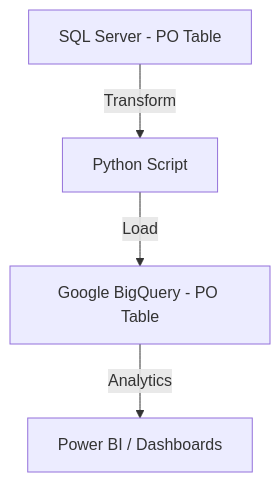
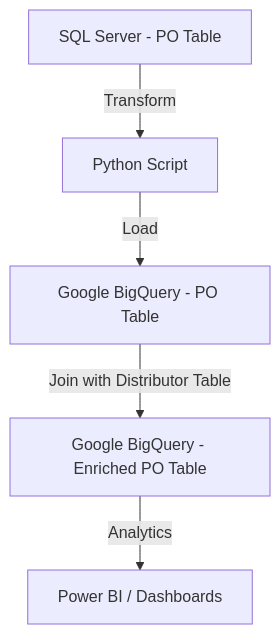
Before and after one commit to daffanka/Sell-In-Data: the third of 3 diagrams in README.md, drawn with Mermaid. The commit also changed other lines of this file, not shown here.

````diff
--- a/README.md
+++ b/README.md
@@ -56,6 +67,7 @@
 ```mermaid
 graph TD
-    A[SQL Server - PO Table] -->|Transform| B[Python Script]
-    B -->|Load| C[Google BigQuery - PO Table]
-    C -->|Analytics| D[Power BI / Dashboards]
+    A["SQL Server - PO Table"] -->|Transform| B["Python Script"]
+    B -->|Load| C["Google BigQuery - PO Table"]
+    C -->|Join with Distributor Table| D["Google BigQuery - Enriched PO Table"]
+    D -->|Analytics| E["Power BI / Dashboards"]
 ```
````
